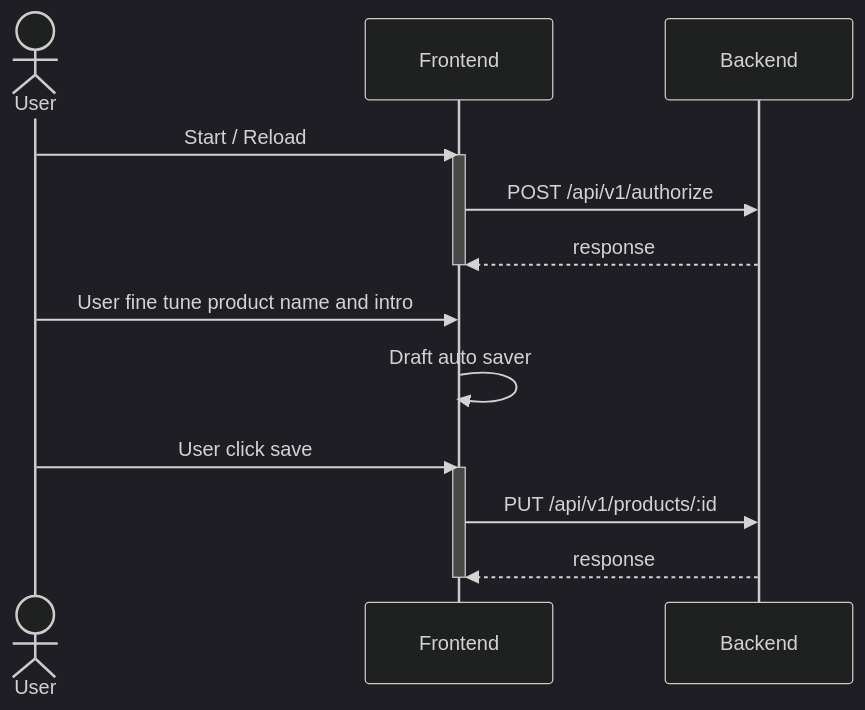
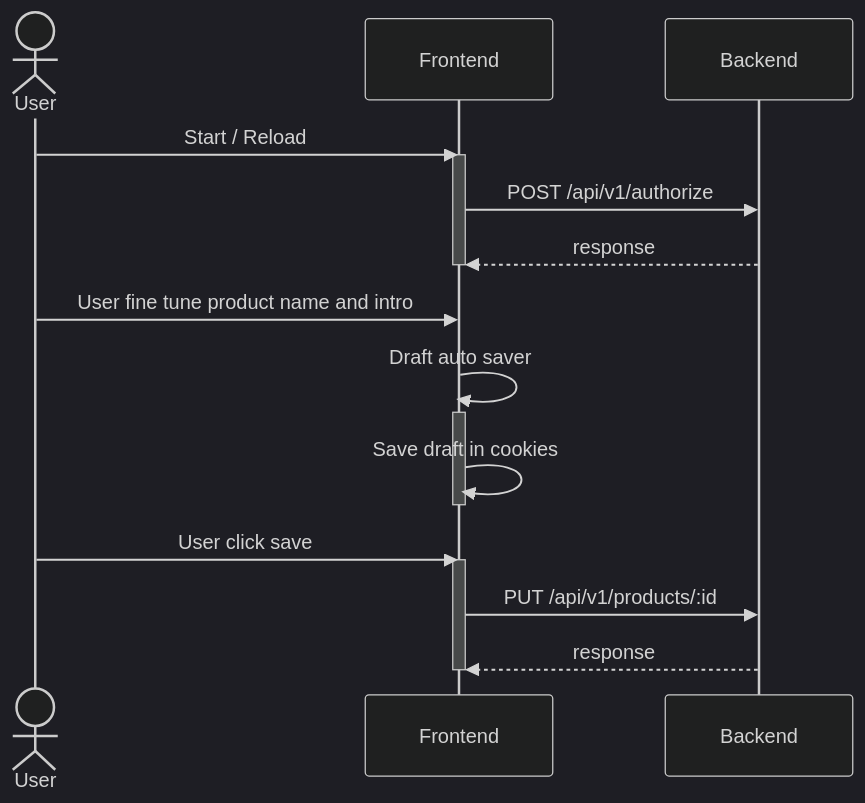
One commit to dychendavid/brainstorm-web changed the third of 3 diagrams in README.md. Above: the diagram before and after it, drawn with Mermaid (dark theme).

Commit message:
docs: update sequence diagram of Editor page

````diff
--- a/README.md
+++ b/README.md
@@ -77,19 +77,22 @@
 ```mermaid
 sequenceDiagram
     actor U as User
     participant F as Frontend
     participant B as Backend
     U->>F: Start / Reload
     activate F
     F->>B: POST /api/v1/authorize
     B-->>F: response
     deactivate F
 
     U->>F: User fine tune product name and intro
     F->>F: Draft auto saver
+    activate F
+    F->>F: Save draft in cookies
+    deactivate F
     U->>F: User click save
     activate F
     F->>B: PUT /api/v1/products/:id
     B-->>F: response
     deactivate F
 ```
````
